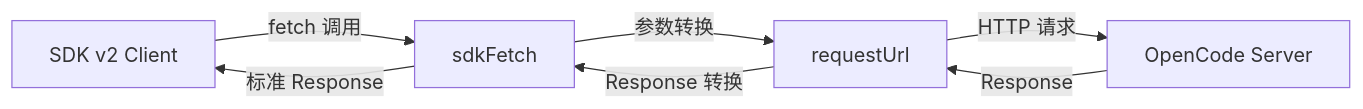
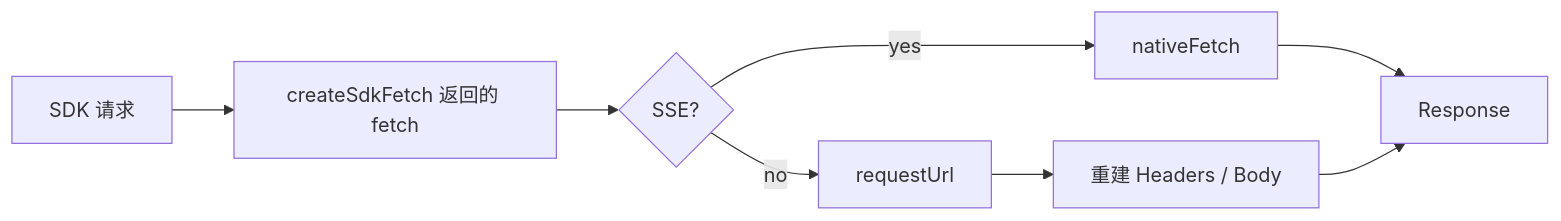
Before and after one commit to OCDcreator/opencodian: the diagram in docs/modules/core/opencode/sdkFetch.md, drawn with Mermaid. The commit also changed other lines of this file and 98 other files, not shown here.

````diff
--- a/docs/modules/core/opencode/sdkFetch.md
+++ b/docs/modules/core/opencode/sdkFetch.md
@@ -49,9 +85,10 @@
 ```mermaid
 graph LR
-    A[SDK v2 Client] -->|fetch 调用| B[sdkFetch]
-    B -->|参数转换| C[requestUrl]
-    C -->|HTTP 请求| D[OpenCode Server]
-    D -->|Response| C
-    C -->|Response 转换| B
-    B -->|标准 Response| A
+    A[SDK 请求] --> B[createSdkFetch 返回的 fetch]
+    B --> C{SSE?}
+    C -->|yes| D[nativeFetch]
+    C -->|no| E[requestUrl]
+    D --> F[Response]
+    E --> G[重建 Headers / Body]
+    G --> F
 ```
````
